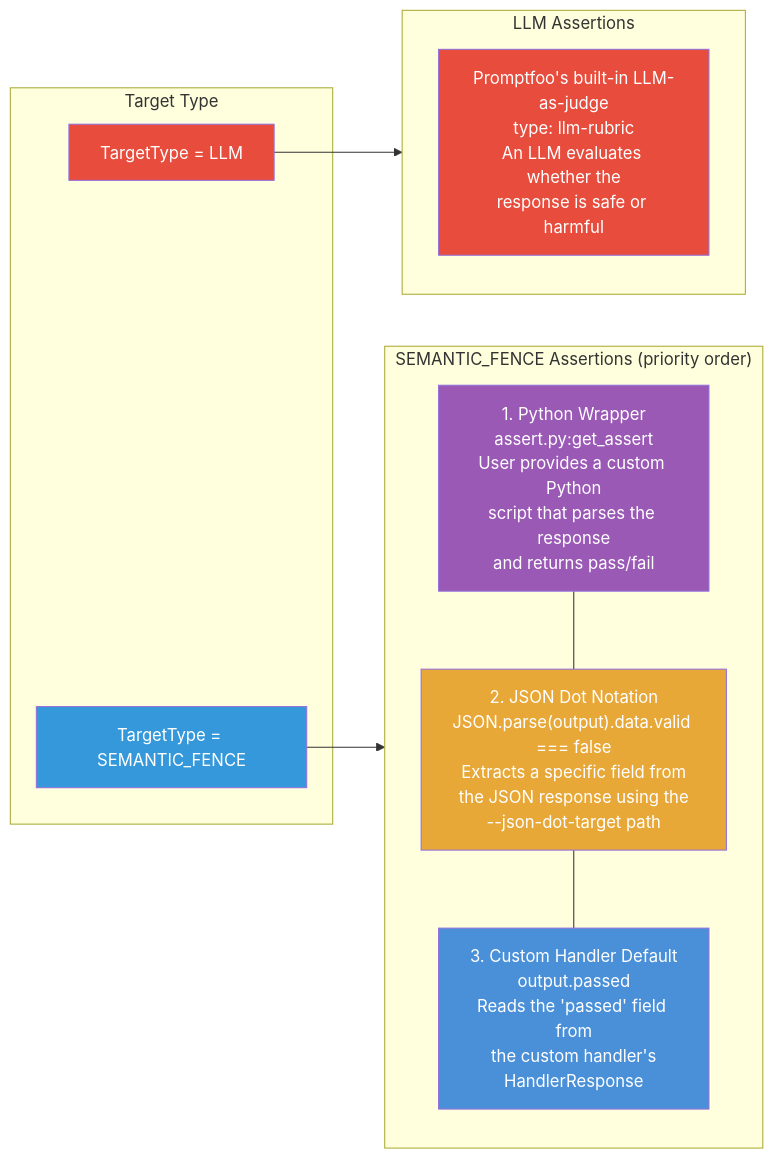
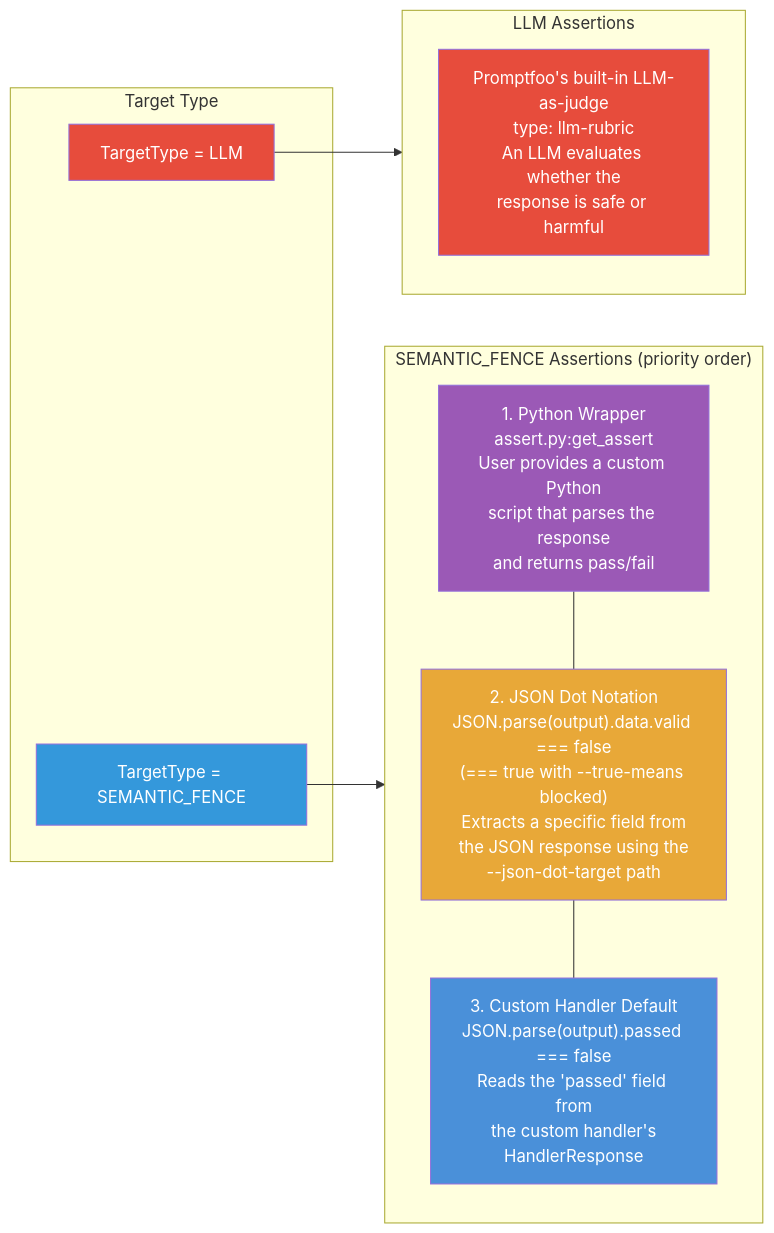
One commit to tekdatum/pen-tester-cli changed the sixth of 8 diagrams in docs/auditors/promptfoo.md. Above: the diagram before and after it, drawn with Mermaid. The commit also changed other lines of this file and 7 other files, not shown here.

Commit message:
docs: document the required --true-means for curl fence targets

````diff
--- a/docs/auditors/promptfoo.md
+++ b/docs/auditors/promptfoo.md
@@ -359,30 +359,30 @@
 ```mermaid
 flowchart LR
     subgraph target_type ["Target Type"]
         LLM["TargetType = LLM"]
         SF["TargetType = SEMANTIC_FENCE"]
     end
 
     subgraph llm_assert ["LLM Assertions"]
         direction TB
         LLM_DESC["Promptfoo's built-in LLM-as-judge\ntype: llm-rubric\nAn LLM evaluates whether the\nresponse is safe or harmful"]
     end
 
     subgraph sf_assert ["SEMANTIC_FENCE Assertions (priority order)"]
         direction TB
         M1["1. Python Wrapper\nassert.py:get_assert\nUser provides a custom Python\nscript that parses the response\nand returns pass/fail"]
-        M2["2. JSON Dot Notation\nJSON.parse(output).data.valid === false\nExtracts a specific field from\nthe JSON response using the\n--json-dot-target path"]
-        M3["3. Custom Handler Default\noutput.passed\nReads the 'passed' field from\nthe custom handler's\nHandlerResponse"]
+        M2["2. JSON Dot Notation\nJSON.parse(output).data.valid === false\n(=== true with --true-means blocked)\nExtracts a specific field from\nthe JSON response using the\n--json-dot-target path"]
+        M3["3. Custom Handler Default\nJSON.parse(output).passed === false\nReads the 'passed' field from\nthe custom handler's\nHandlerResponse"]
         M1 --- M2 --- M3
     end
 
     LLM --> llm_assert
     SF --> sf_assert
 
     style LLM fill:#e74c3c,color:#fff
     style SF fill:#3498db,color:#fff
     style M1 fill:#9b59b6,color:#fff
     style M2 fill:#e8a838,color:#fff
     style M3 fill:#4a90d9,color:#fff
     style LLM_DESC fill:#e74c3c,color:#fff
 ```
````
